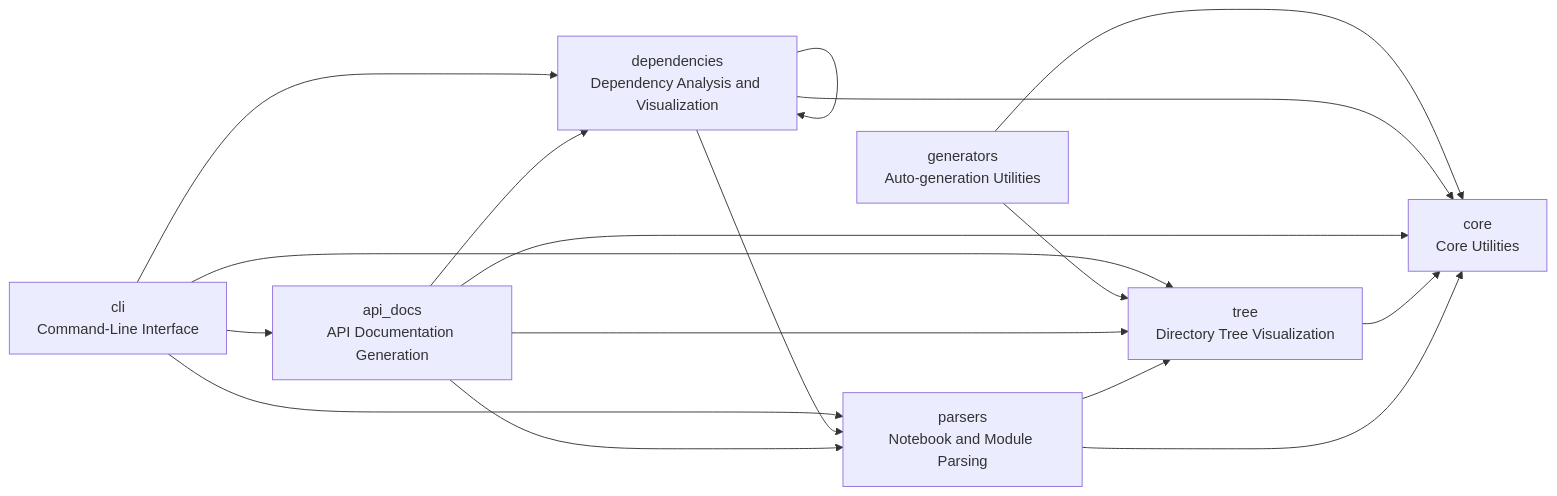
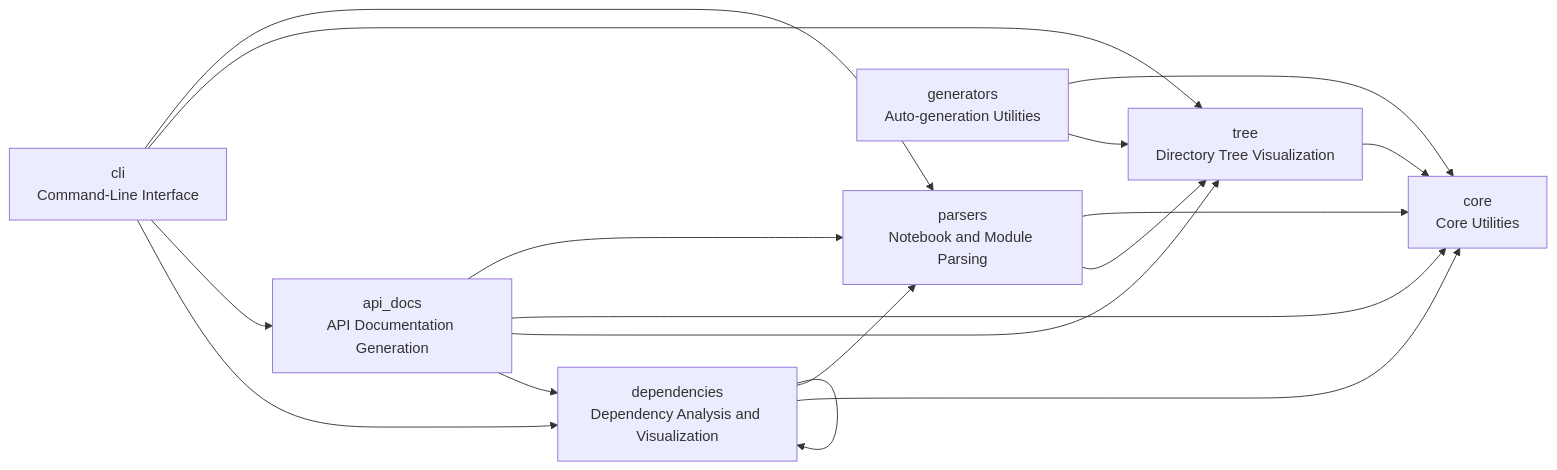
Before and after one commit to cj-mills/cjm-nbdev-overview: the diagram in README.md, drawn with Mermaid. The commit also changed other lines of this file and 5 other files, not shown here.

````diff
--- a/README.md
+++ b/README.md
@@ -44,27 +44,27 @@
 ``` mermaid
 graph LR
     core[core<br/>Core Utilities]
     parsers[parsers<br/>Notebook and Module Parsing]
     tree[tree<br/>Directory Tree Visualization]
     api_docs[api_docs<br/>API Documentation Generation]
     dependencies[dependencies<br/>Dependency Analysis and Visualization]
     generators[generators<br/>Auto-generation Utilities]
     cli[cli<br/>Command-Line Interface]
 
+    parsers --> core
     parsers --> tree
-    parsers --> core
     tree --> core
     api_docs --> parsers
-    api_docs --> dependencies
     api_docs --> core
     api_docs --> tree
-    dependencies --> dependencies
+    api_docs --> dependencies
     dependencies --> parsers
     dependencies --> core
+    dependencies --> dependencies
     generators --> core
     generators --> tree
     cli --> parsers
+    cli --> tree
     cli --> api_docs
     cli --> dependencies
-    cli --> tree
 ```
````
